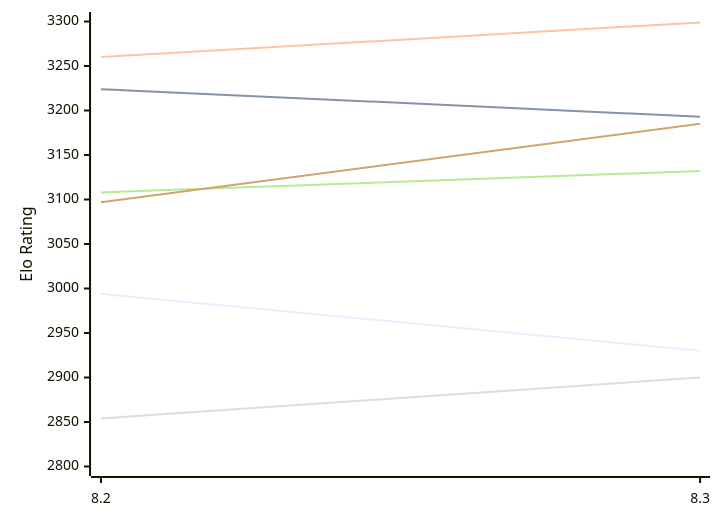
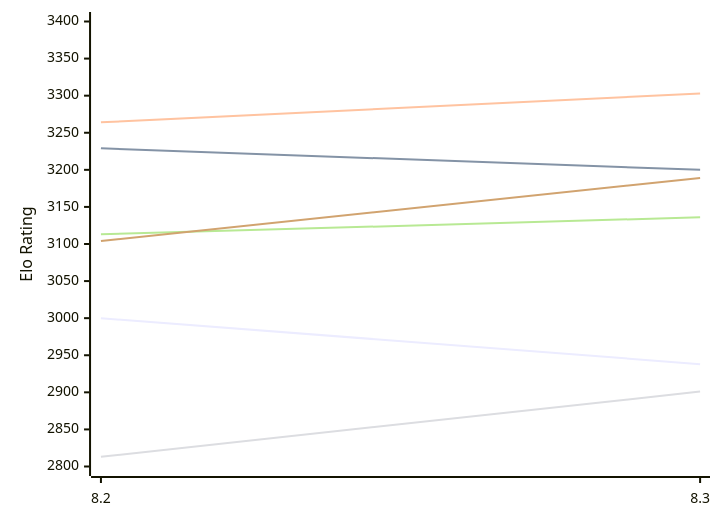
Before and after one commit to computer-chess-index/cci: the first of 2 diagrams in engines/Alexander.md, drawn with Mermaid. The commit also changed other lines of this file, not shown here.

Commit message:
Update CCI Ratings (ELO VLTC) - 2026-11-20

````diff
--- a/engines/Alexander.md
+++ b/engines/Alexander.md
@@ -52,12 +52,12 @@
 ```mermaid
 %%{init: {"theme":"base","themeVariables":{"seriesColors:['#a3a3a3','#222221','#faa371']}}}%%
 xychart-beta
   x-axis ["8.2", "8.3"]
-  y-axis "Elo Rating" 2800 --> 3300
-  line "E1: STC (8.0+0.08s)" [2994, 2930]
-  line "E1: LTC (60.0+0.60s)" [3224, 3193]
-  line "E1: VLTC (2m24s+1.12s)" [3260, 3299]
-  line "P1: STC (8.0+0.08s)" [2854, 2900]
-  line "P1: LTC (60.0+0.60s)" [3108, 3132]
-  line "P1: VLTC (2m24s+1.12s)" [3097, 3185]
+  y-axis "Elo Rating" 2800 --> 3400
+  line "E1: STC (8.0+0.08s)" [3000, 2938]
+  line "E1: LTC (60.0+0.60s)" [3229, 3200]
+  line "E1: VLTC (2m24s+1.12s)" [3264, 3303]
+  line "P1: STC (8.0+0.08s)" [2813, 2901]
+  line "P1: LTC (60.0+0.60s)" [3113, 3136]
+  line "P1: VLTC (2m24s+1.12s)" [3104, 3189]
 ```
````
